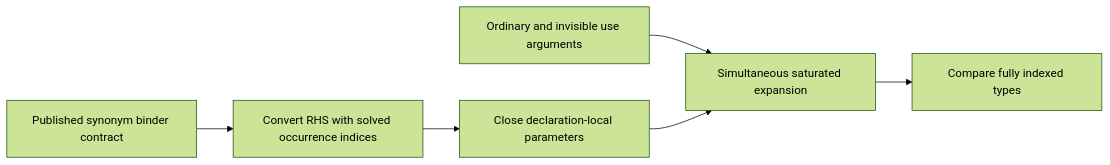
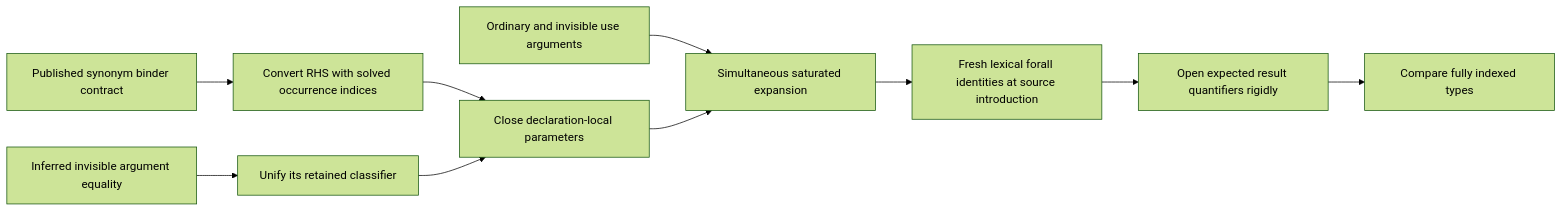
Diagram 12 of 12 in spec-chirho/workflows-chirho/language-features-chirho/declaration-kinds-chirho.md (loveJesus/haskelujah-chirho), drawn with Mermaid (forest theme) before and after one commit. The commit also changed other lines of this file and 16 other files, not shown here.

First line of the commit message:
Preserve synonym binder identities and inferred kind classifiers Chirho

````diff
--- a/spec-chirho/workflows-chirho/language-features-chirho/declaration-kinds-chirho.md
+++ b/spec-chirho/workflows-chirho/language-features-chirho/declaration-kinds-chirho.md
@@ -565,8 +585,12 @@
 ```mermaid
 flowchart LR
   AliasKindChirho[Published synonym binder contract] --> AliasBodyChirho[Convert RHS with solved occurrence indices]
   AliasBodyChirho --> AliasTemplateChirho[Close declaration-local parameters]
   AliasUseChirho[Ordinary and invisible use arguments] --> AliasExpandChirho[Simultaneous saturated expansion]
   AliasTemplateChirho --> AliasExpandChirho
-  AliasExpandChirho --> AliasEqualityChirho[Compare fully indexed types]
+  AliasExpandChirho --> AliasFreshChirho[Fresh lexical forall identities at source introduction]
+  AliasFreshChirho --> AliasRigidChirho[Open expected result quantifiers rigidly]
+  AliasRigidChirho --> AliasEqualityChirho[Compare fully indexed types]
+  SolvedIndexChirho[Inferred invisible argument equality] --> CheckClassifierChirho[Unify its retained classifier]
+  CheckClassifierChirho --> AliasTemplateChirho
 ```
````
